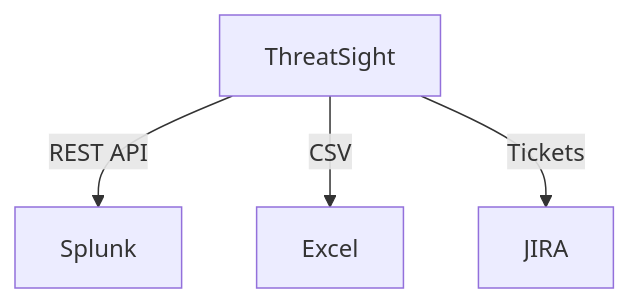
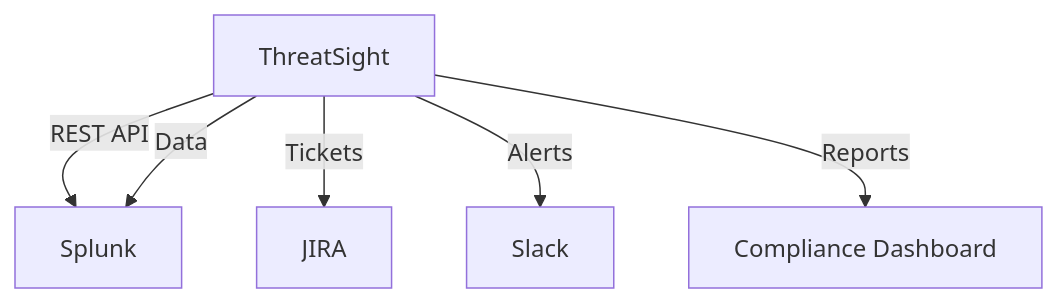
The third of 3 diagrams in README.md (MrP-cpu/ThreatSight), drawn with Mermaid before and after one commit. The commit also changed other lines of this file, not shown here.

````diff
--- a/README.md
+++ b/README.md
@@ -114,6 +170,8 @@
 ```mermaid
 flowchart TB
     ThreatSight -->|REST API| Splunk
-    ThreatSight -->|CSV| Excel
     ThreatSight -->|Tickets| JIRA
+    ThreatSight -->|Alerts| Slack
+    ThreatSight -->|Reports| Compliance[Compliance Dashboard]
+    ThreatSight -->|Data| Splunk
 ```
````
